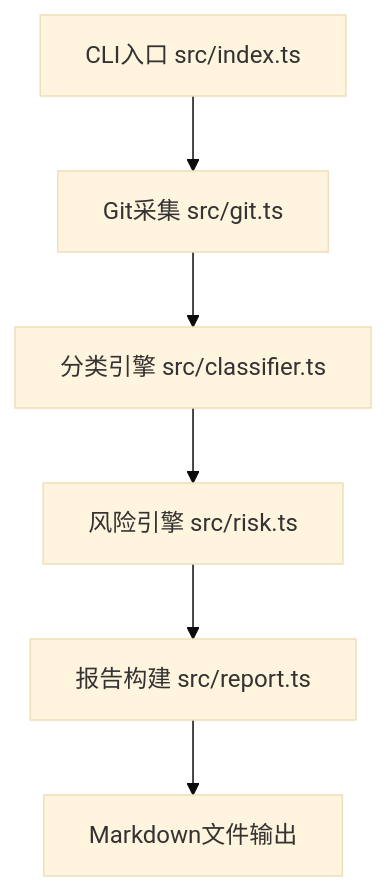
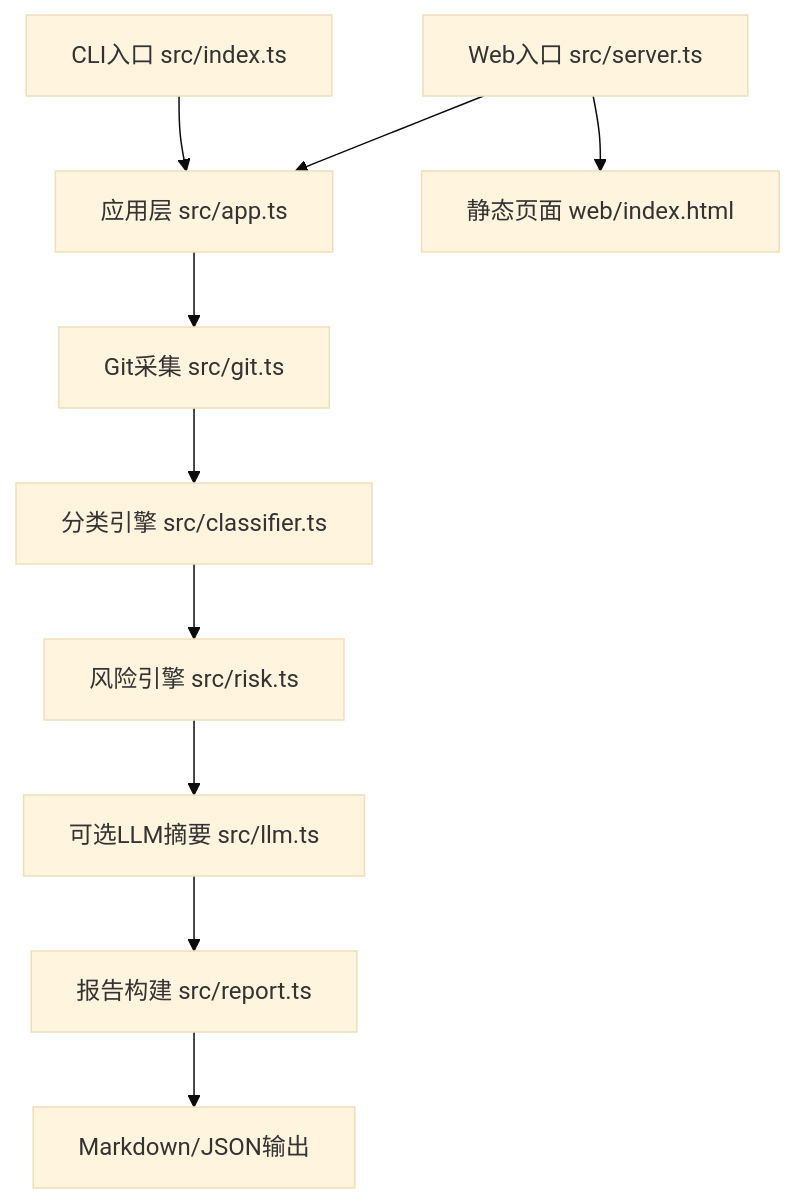
Before and after one commit to YinFengWindy/Vibe-Coding: the first of 2 diagrams in helloagents/wiki/arch.md, drawn with Mermaid (base theme). The commit also changed other lines of this file and 30 other files, not shown here.

Commit message:
webUI: Add web UI for commit report visualization

````diff
--- a/helloagents/wiki/arch.md
+++ b/helloagents/wiki/arch.md
@@ -4,8 +4,12 @@
 ```mermaid
 flowchart TD
-    A[CLI入口 src/index.ts] --> B[Git采集 src/git.ts]
-    B --> C[分类引擎 src/classifier.ts]
-    C --> D[风险引擎 src/risk.ts]
-    D --> E[报告构建 src/report.ts]
-    E --> F[Markdown文件输出]
+    A1[CLI入口 src/index.ts] --> B[应用层 src/app.ts]
+    A2[Web入口 src/server.ts] --> B
+    B --> C[Git采集 src/git.ts]
+    C --> D[分类引擎 src/classifier.ts]
+    D --> E[风险引擎 src/risk.ts]
+    E --> F[可选LLM摘要 src/llm.ts]
+    F --> G[报告构建 src/report.ts]
+    G --> H[Markdown/JSON输出]
+    A2 --> I[静态页面 web/index.html]
 ```
````
